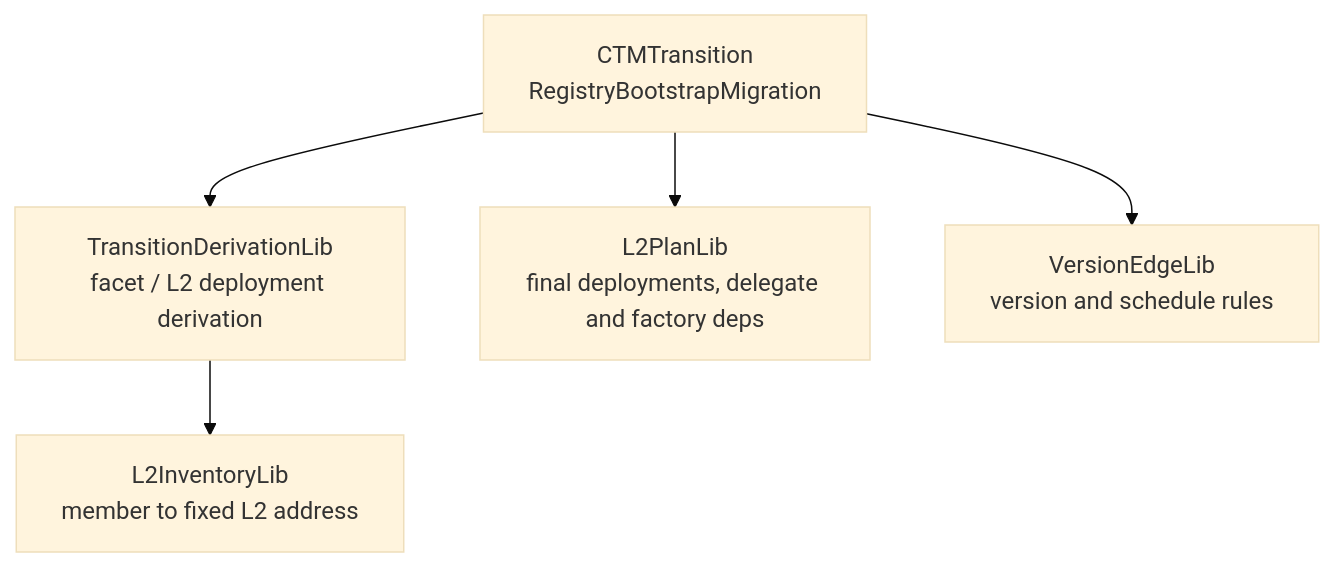
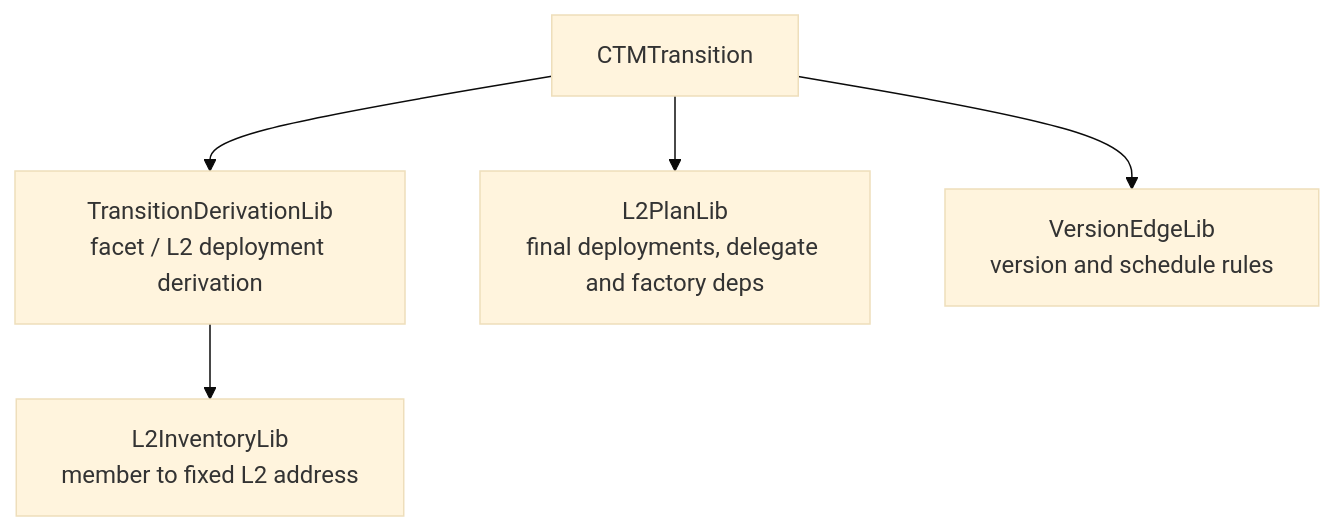
The fourth of 9 diagrams in docs/registry-driven-upgrades.md (matter-labs/era-contracts), drawn with Mermaid (base theme) before and after one commit. The commit also changed other lines of this file and 151 other files, not shown here.

````diff
--- a/docs/registry-driven-upgrades.md
+++ b/docs/registry-driven-upgrades.md
@@ -299,13 +291,13 @@
 ```mermaid
 flowchart TB
-    EDGE["CTMTransition<br/>RegistryBootstrapMigration"]
+    EDGE["CTMTransition"]
     DERIVE["TransitionDerivationLib<br/>facet / L2 deployment derivation"]
     INVENTORY["L2InventoryLib<br/>member to fixed L2 address"]
     PLAN["L2PlanLib<br/>final deployments, delegate and factory deps"]
     VERSION["VersionEdgeLib<br/>version and schedule rules"]
 
     EDGE --> DERIVE
     DERIVE --> INVENTORY
     EDGE --> PLAN
     EDGE --> VERSION
 ```
````
